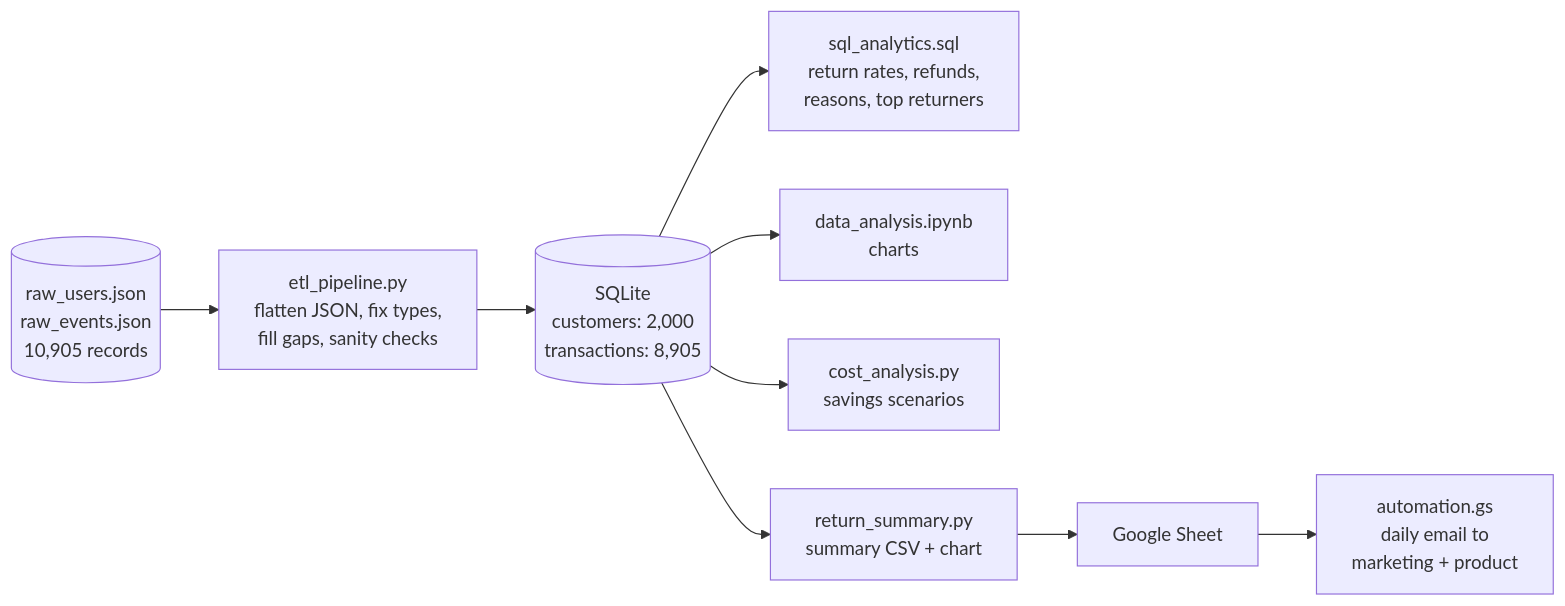
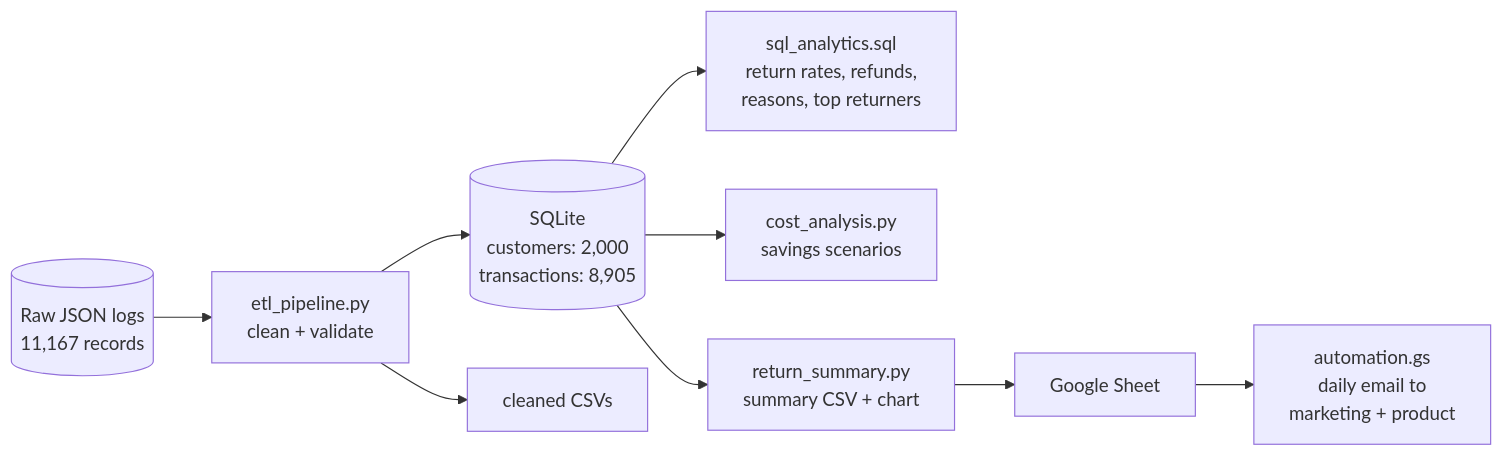
The diagram in README.md (Saksham2410del/Ecommerce-returns-analytics), drawn with Mermaid before and after one commit. The commit also changed other lines of this file and 8 other files, not shown here.

````diff
--- a/README.md
+++ b/README.md
@@ -46,10 +81,10 @@
 ```mermaid
 flowchart LR
-    A[(raw_users.json<br/>raw_events.json<br/>10,905 records)] --> B[etl_pipeline.py<br/>flatten JSON, fix types,<br/>fill gaps, sanity checks]
+    A[(Raw JSON logs<br/>11,167 records)] --> B[etl_pipeline.py<br/>clean + validate]
     B --> C[(SQLite<br/>customers: 2,000<br/>transactions: 8,905)]
-    C --> D[sql_analytics.sql<br/>return rates, refunds,<br/>reasons, top returners]
-    C --> E[data_analysis.ipynb<br/>charts]
+    B --> D[cleaned CSVs]
+    C --> E[sql_analytics.sql<br/>return rates, refunds,<br/>reasons, top returners]
     C --> F[cost_analysis.py<br/>savings scenarios]
     C --> G[return_summary.py<br/>summary CSV + chart]
     G --> H[Google Sheet] --> I[automation.gs<br/>daily email to<br/>marketing + product]
 ```
````
